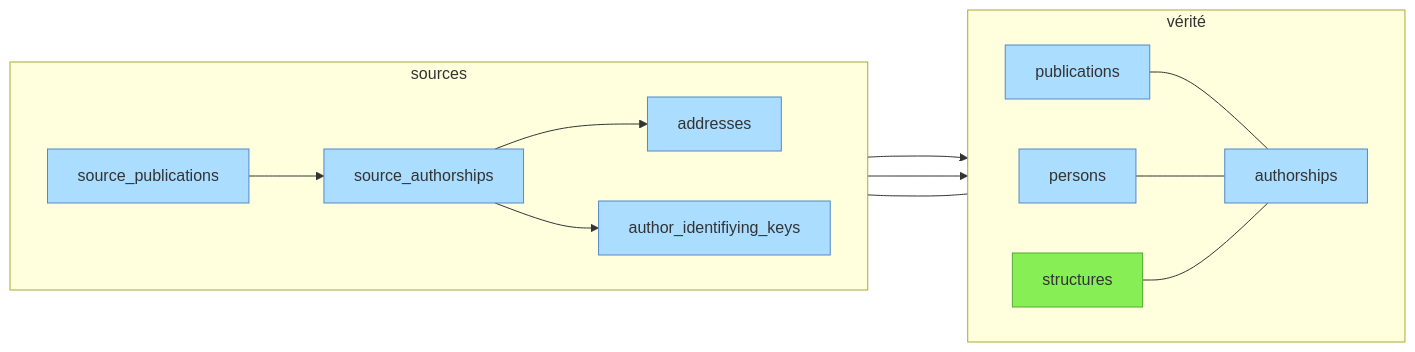
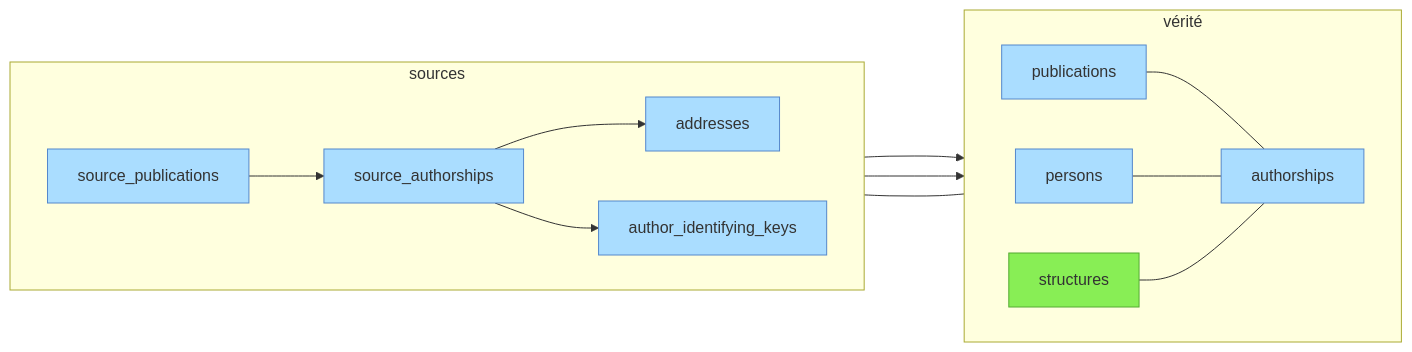
One commit to Y33sha/bibliometrie-uca changed the second of 2 diagrams in docs/donnees/01-vue-d-ensemble.md. Above: the diagram before and after it, drawn with Mermaid. The commit also changed 2 other files, not shown here.

Commit message:
docs(donnees): corrige les modules d'écriture obsolètes et une coquille
perimeters écrites par application/services/perimeters/core.py, config par application/services/config/commands.py (le module config/core.py n'existe pas). persons créées par la phase persons (application/pipeline/persons/cascade.py). Coquille author_identifiying_keys du diagramme de flux corrigée.

````diff
--- a/docs/donnees/01-vue-d-ensemble.md
+++ b/docs/donnees/01-vue-d-ensemble.md
@@ -34,23 +34,23 @@
 ```mermaid
 flowchart LR
     subgraph sources
     direction LR
         source_publications-->source_authorships
         source_authorships-->addresses
-        source_authorships-->author_identifiying_keys
+        source_authorships-->author_identifying_keys
     end
     subgraph vérité
         direction LR
         publications---authorships
         persons---authorships
         structures---authorships
     end
     source_publications--->publications
-    author_identifiying_keys--->persons
+    author_identifying_keys--->persons
     addresses---structures
 
     classDef manuel  fill:#8e5,stroke:#5a3
     classDef auto fill:#adf,stroke:#58c
     class structures manuel;
-    class source_authorships,source_publications,publications,authorships,persons,addresses,author_identifiying_keys auto
+    class source_authorships,source_publications,publications,authorships,persons,addresses,author_identifying_keys auto
 ```
````
